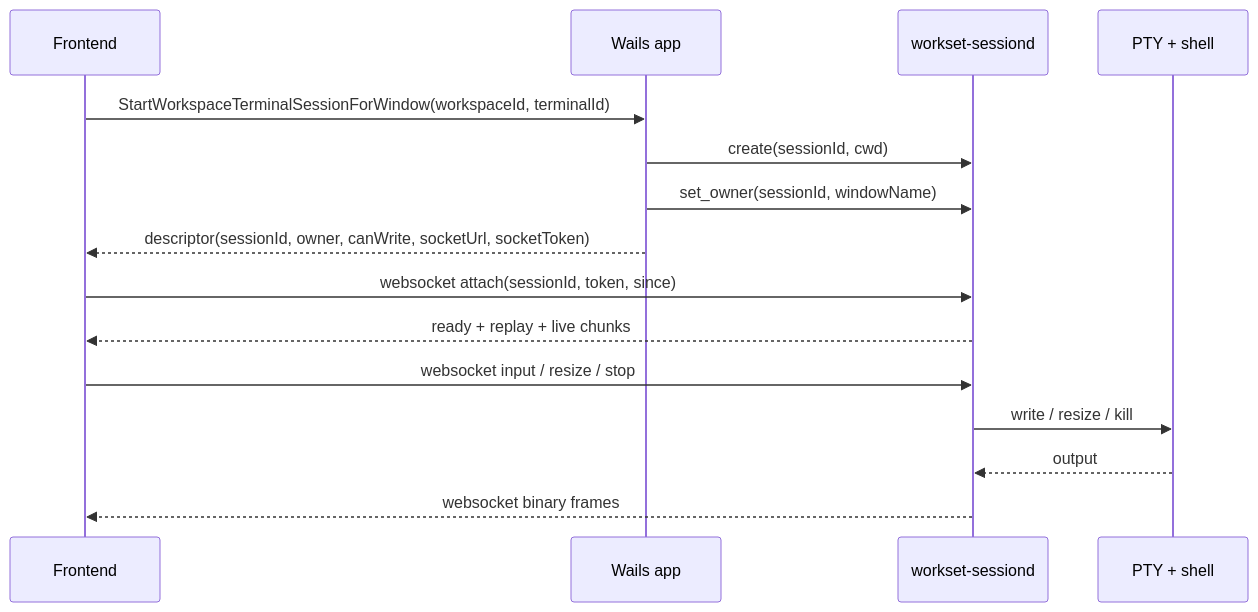
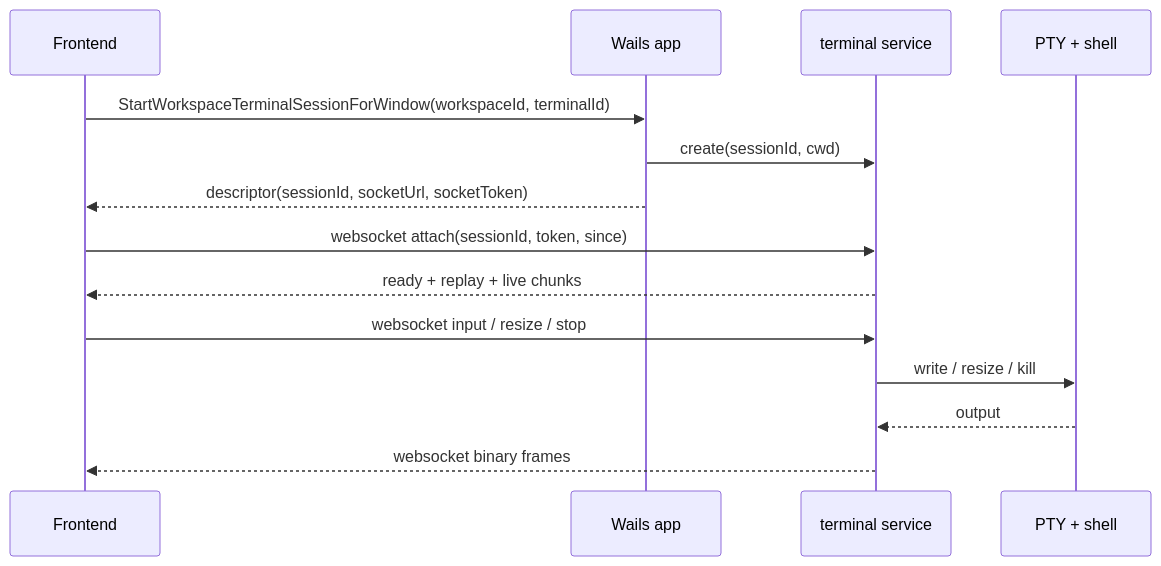
One commit to strantalis/workset changed the second of 2 diagrams in docs-internal/architecture/terminal.md. Above: the diagram before and after it, drawn with Mermaid. The commit also changed other lines of this file and 168 other files, not shown here.

Commit message:
refactor(workset): simplify terminal service and layout model

````diff
--- a/docs-internal/architecture/terminal.md
+++ b/docs-internal/architecture/terminal.md
@@ -58,20 +56,19 @@
 ```mermaid
 sequenceDiagram
   participant UI as Frontend
   participant App as Wails app
-  participant D as workset-sessiond
+  participant D as terminal service
   participant PTY as PTY + shell
 
   UI->>App: StartWorkspaceTerminalSessionForWindow(workspaceId, terminalId)
   App->>D: create(sessionId, cwd)
-  App->>D: set_owner(sessionId, windowName)
-  App-->>UI: descriptor(sessionId, owner, canWrite, socketUrl, socketToken)
+  App-->>UI: descriptor(sessionId, socketUrl, socketToken)
 
   UI->>D: websocket attach(sessionId, token, since)
   D-->>UI: ready + replay + live chunks
 
   UI->>D: websocket input / resize / stop
   D->>PTY: write / resize / kill
   PTY-->>D: output
   D-->>UI: websocket binary frames
 ```
````
